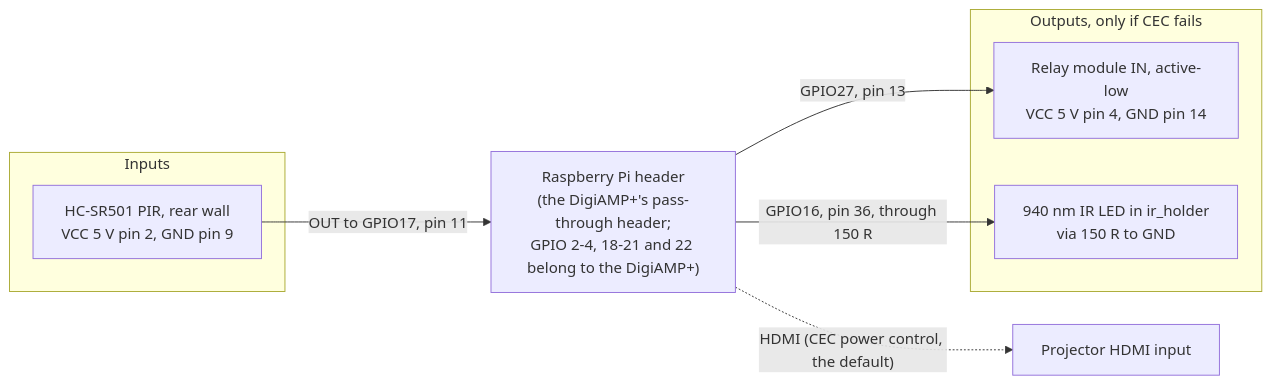
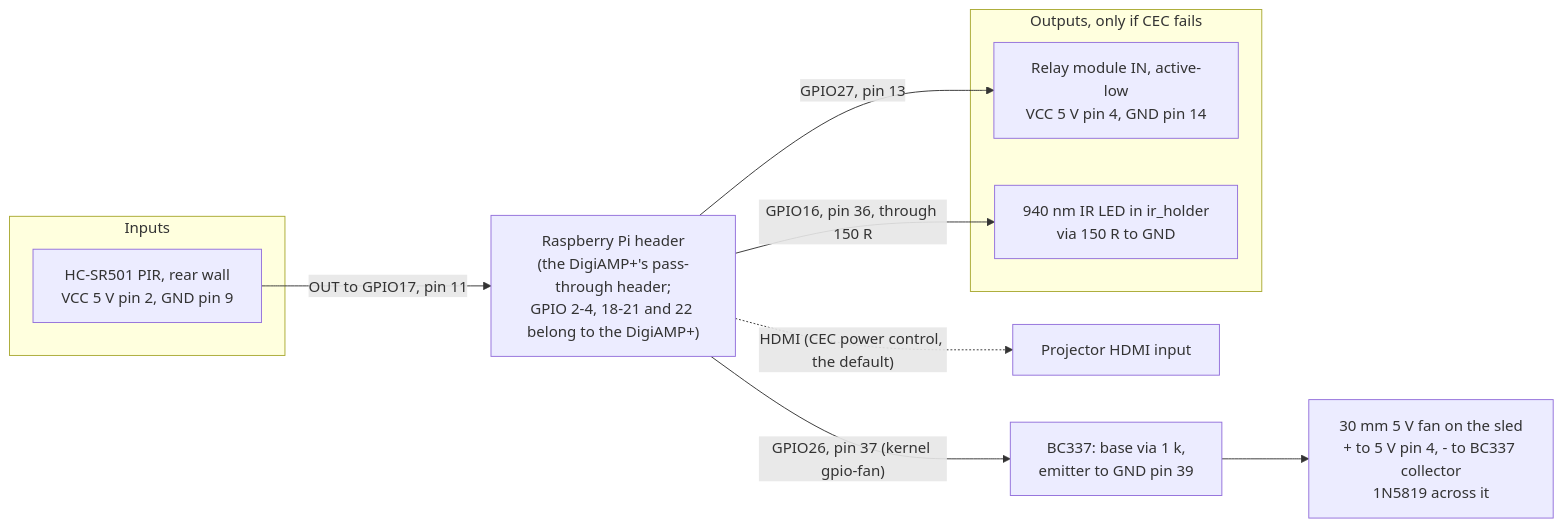
Before and after one commit to davidwkeith/atmosfx-projector-case: the third of 3 diagrams in docs/WIRING.md, drawn with Mermaid. The commit also changed other lines of this file and 28 other files, not shown here.

First line of the commit message:
Pi sled fan: 30 mm fan on the Pi 3/4 sleds, kernel gpio-fan on GPIO 26

````diff
--- a/docs/WIRING.md
+++ b/docs/WIRING.md
@@ -96,16 +96,20 @@
 ```mermaid
 flowchart LR
   subgraph IN["Inputs"]
     PIR["HC-SR501 PIR, rear wall<br/>VCC 5 V pin 2, GND pin 9"]
   end
   PI["Raspberry Pi header<br/>(the DigiAMP+'s pass-through header;<br/>GPIO 2-4, 18-21 and 22 belong to the DigiAMP+)"]
   subgraph OUTS["Outputs, only if CEC fails"]
     RELAY["Relay module IN, active-low<br/>VCC 5 V pin 4, GND pin 14"]
     IRLED["940 nm IR LED in ir_holder<br/>via 150 R to GND"]
   end
+  FAN["30 mm 5 V fan on the sled<br/>+ to 5 V pin 4, - to BC337 collector<br/>1N5819 across it"]
+  Q1["BC337: base via 1 k,<br/>emitter to GND pin 39"]
   PROJ["Projector HDMI input"]
   PIR -- "OUT to GPIO17, pin 11" --> PI
   PI -- "GPIO27, pin 13" --> RELAY
   PI -- "GPIO16, pin 36, through 150 R" --> IRLED
+  PI -- "GPIO26, pin 37 (kernel gpio-fan)" --> Q1
+  Q1 --> FAN
   PI -. "HDMI (CEC power control, the default)" .-> PROJ
 ```
````
